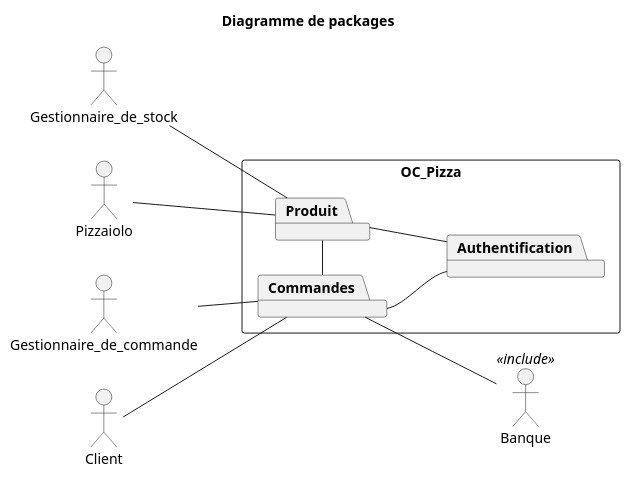
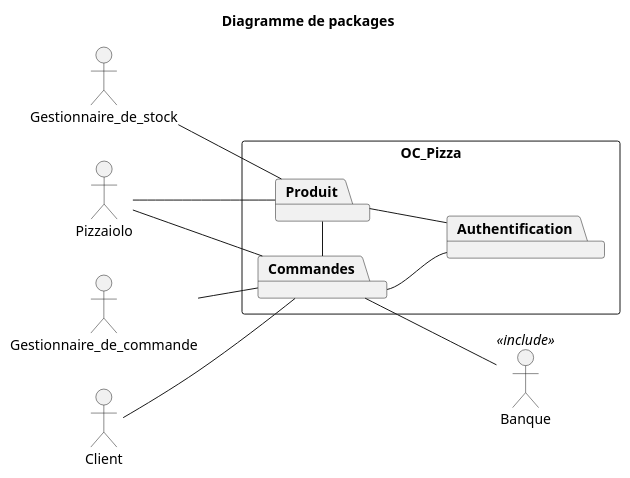
Before and after one commit to Zepmanbc/oc_dapython_pr4: the diagram in v2/uml/02_packages.puml, drawn with PlantUML. The commit also changed 10 other files, not shown here.

```diff
--- a/v2/uml/02_packages.puml
+++ b/v2/uml/02_packages.puml
@@ -1,29 +1,30 @@
 @startuml 02_packages
 title Diagramme de packages
 
 
 actor Gestionnaire_de_commande as GESTCMD
 actor Client as CUSTOMER
 actor Gestionnaire_de_stock as GESTSTOCK
 actor Pizzaiolo as PZLO
 actor Banque <<include>> as BANK
 
 rectangle OC_Pizza{
     left to right direction
     package Commandes
     package Produit
     package Authentification
 }
 
 Authentification -- Commandes
 Produit -- Authentification
 Commandes - Produit
 
 CUSTOMER -- Commandes
 GESTCMD -- Commandes
 PZLO -- Produit
+PZLO -- Commandes
 GESTSTOCK -- Produit
 Commandes -- BANK
 
 
 @enduml
```
